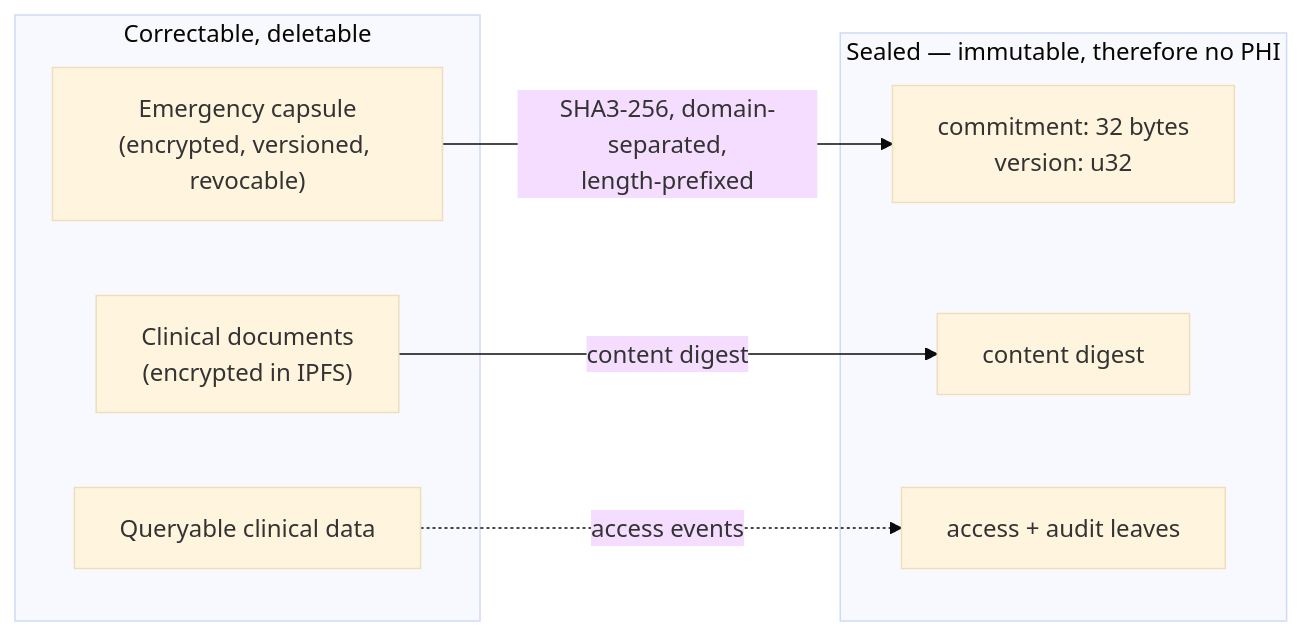
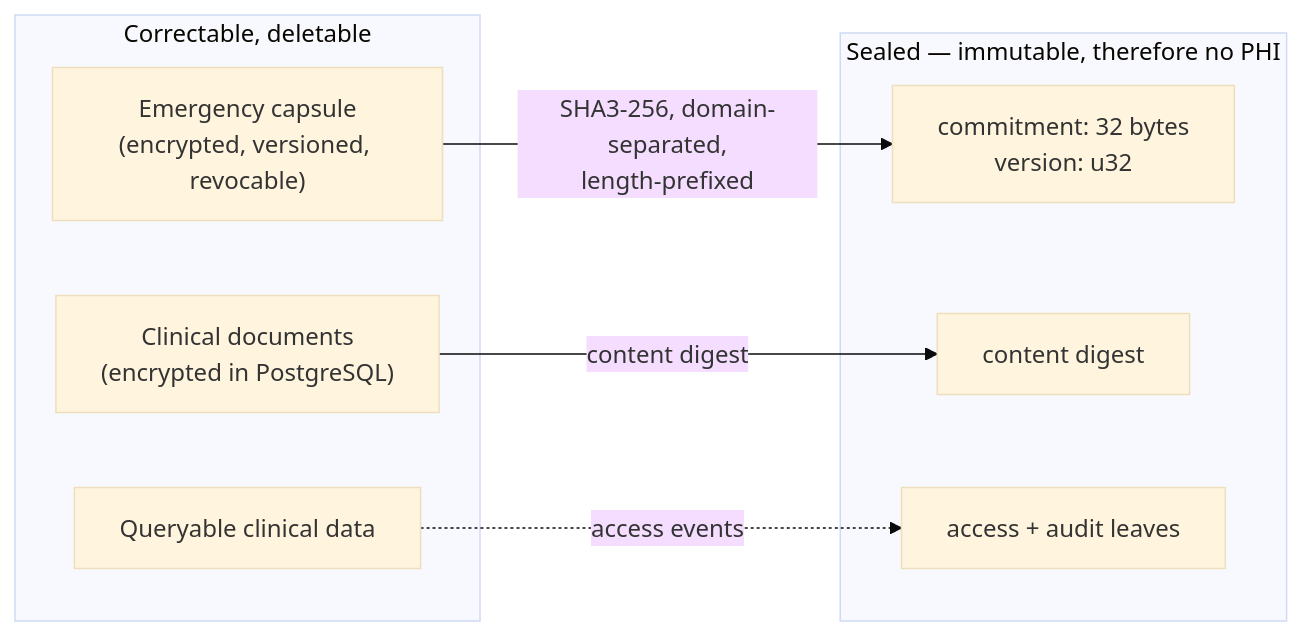
Before and after one commit to Lukau-Tech-Invasion/medichain: the fifth of 9 diagrams in docs/architecture.md, drawn with Mermaid (base theme). The commit also changed other lines of this file and 16 other files, not shown here.

Commit message:
Keep MediChain demo data in PostgreSQL and fail closed on storage loss

````diff
--- a/docs/architecture.md
+++ b/docs/architecture.md
@@ -242,18 +242,18 @@
 ```mermaid
 flowchart LR
     subgraph live["Correctable, deletable"]
         CAP["Emergency capsule<br/>(encrypted, versioned, revocable)"]
-        DOC["Clinical documents<br/>(encrypted in IPFS)"]
+        DOC["Clinical documents<br/>(encrypted in PostgreSQL)"]
         CLIN["Queryable clinical data"]
     end
 
     subgraph sealed["Sealed — immutable, therefore no PHI"]
         COMMIT["commitment: 32 bytes<br/>version: u32"]
         IHASH["content digest"]
         AUD["access + audit leaves"]
     end
 
     CAP -->|"SHA3-256, domain-separated,<br/>length-prefixed"| COMMIT
     DOC -->|"content digest"| IHASH
     CLIN -.->|"access events"| AUD
 ```
````
